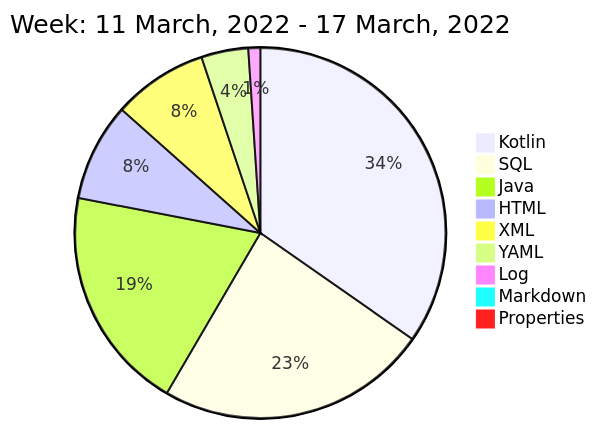
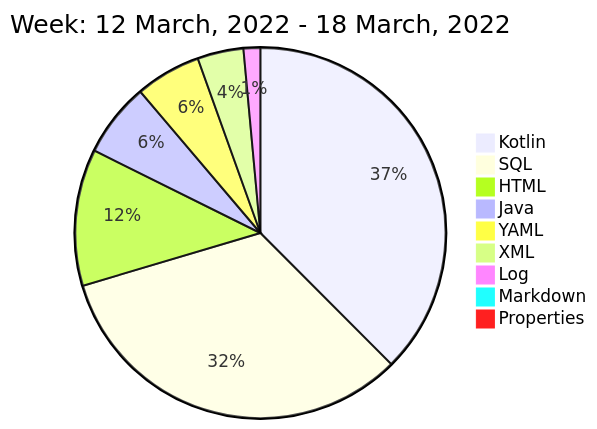
Before and after one commit to liubin95/liubin95: the diagram in README.md, drawn with Mermaid.

Commit message:
Updated the Graph with new Metrics

````diff
--- a/README.md
+++ b/README.md
@@ -40,13 +40,13 @@
 ```mermaid
  pie
-title Week: 11 March, 2022 - 17 March, 2022
- "Kotlin" : 3.98
- "SQL" : 2.72
- "Java" : 2.25
+title Week: 12 March, 2022 - 18 March, 2022
+ "Kotlin" : 3.08
+ "SQL" : 2.7
  "HTML" : 0.98
- "XML" : 0.95
+ "Java" : 0.53
  "YAML" : 0.47
+ "XML" : 0.33
  "Log" : 0.12
  "Markdown" : 0.08
  "Properties" : 0.07
 ```
````
